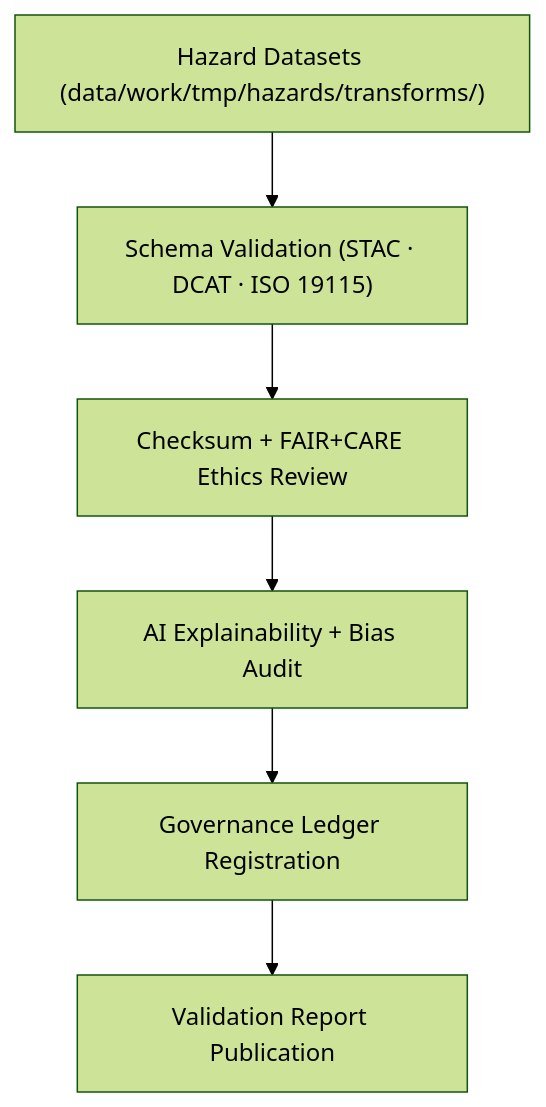
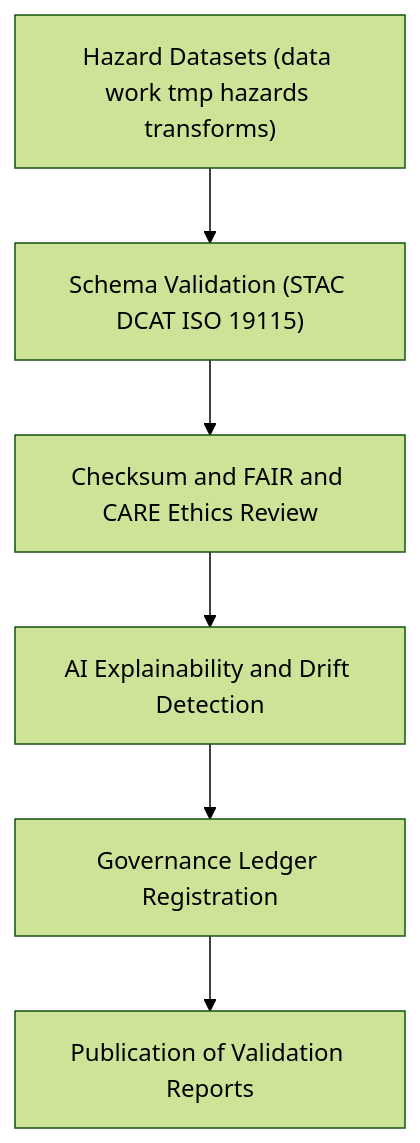
The diagram in data/work/tmp/hazards/logs/validation/README.md (bartytime4life/Kansas-Frontier-Matrix), drawn with Mermaid (forest theme) before and after one commit. The commit also changed other lines of this file, not shown here.

````diff
--- a/data/work/tmp/hazards/logs/validation/README.md
+++ b/data/work/tmp/hazards/logs/validation/README.md
@@ -66,8 +64,8 @@
 ```mermaid
 flowchart TD
-    A["Hazard Datasets (data/work/tmp/hazards/transforms/)"] --> B["Schema Validation (STAC · DCAT · ISO 19115)"]
-    B --> C["Checksum + FAIR+CARE Ethics Review"]
-    C --> D["AI Explainability + Bias Audit"]
+    A["Hazard Datasets (data work tmp hazards transforms)"] --> B["Schema Validation (STAC DCAT ISO 19115)"]
+    B --> C["Checksum and FAIR and CARE Ethics Review"]
+    C --> D["AI Explainability and Drift Detection"]
     D --> E["Governance Ledger Registration"]
-    E --> F["Validation Report Publication"]
+    E --> F["Publication of Validation Reports"]
 ```
````
